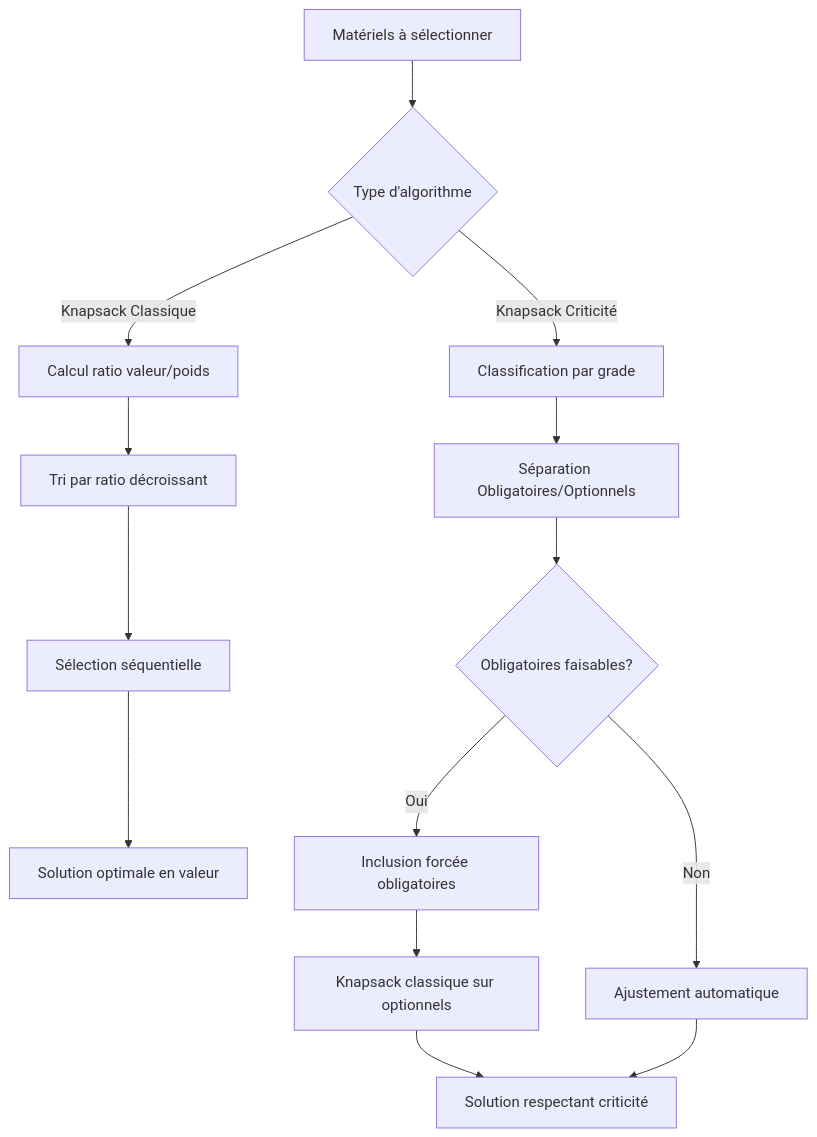
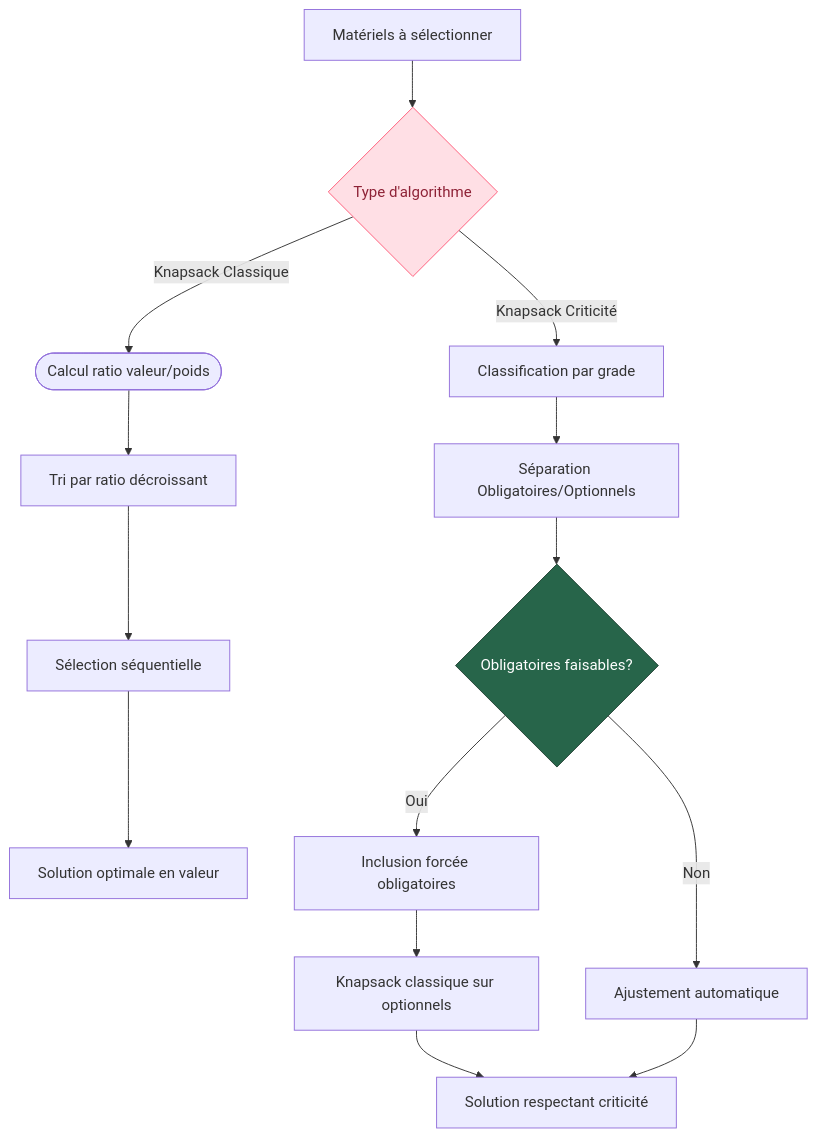
The first of 2 diagrams in knapsack_comparison.md (Singularity-Institute/PTL-r-appro-), drawn with Mermaid before and after one commit.

````diff
--- a/knapsack_comparison.md
+++ b/knapsack_comparison.md
@@ -15,19 +15,25 @@
 ```mermaid
-graph TD
-    A[Matériels à sélectionner] --> B{Type d'algorithme}
-    
-    B -->|Knapsack Classique| C[Calcul ratio valeur/poids]
-    C --> D[Tri par ratio décroissant]
-    D --> E[Sélection séquentielle]
-    E --> F[Solution optimale en valeur]
-    
-    B -->|Knapsack Criticité| G[Classification par grade]
-    G --> H[Séparation Obligatoires/Optionnels]
-    H --> I{Obligatoires faisables?}
-    I -->|Non| J[Ajustement automatique]
-    I -->|Oui| K[Inclusion forcée obligatoires]
-    K --> L[Knapsack classique sur optionnels]
-    L --> M[Solution respectant criticité]
-    
+flowchart TD
+    A["Matériels à sélectionner"] --> B@{ label: "Type d'algorithme" }
+    B -- Knapsack Classique --> C(["Calcul ratio valeur/poids"])
+    C --> D["Tri par ratio décroissant"]
+    D --> E["Sélection séquentielle"]
+    E --> F["Solution optimale en valeur"]
+    B -- Knapsack Criticité --> G["Classification par grade"]
+    G --> H["Séparation Obligatoires/Optionnels"]
+    H --> I{"Obligatoires faisables?"}
+    I -- Non --> J["Ajustement automatique"]
+    I -- Oui --> K["Inclusion forcée obligatoires"]
+    K --> L["Knapsack classique sur optionnels"]
+    L --> M["Solution respectant criticité"]
     J --> M
+
+    B@{ shape: diamond}
+     B:::Rose
+     I:::Pine
+    classDef Pine stroke-width:1px, stroke-dasharray:none, stroke:#254336, fill:#27654A, color:#FFFFFF
+    classDef Rose stroke-width:1px, stroke-dasharray:none, stroke:#FF5978, fill:#FFDFE5, color:#8E2236
+
+
+
 ```
````
